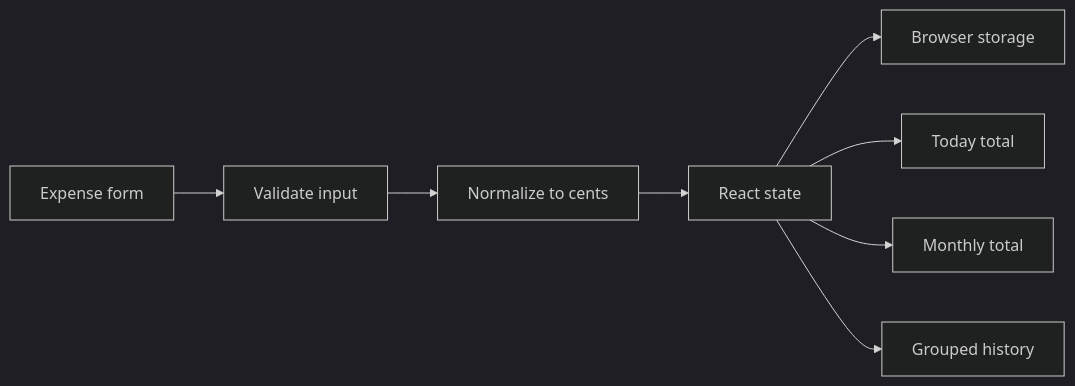
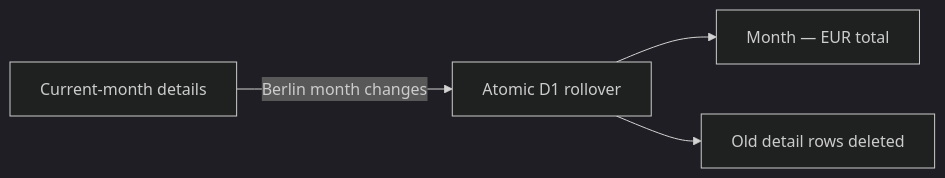
The diagram in README.md (ENZOMOTIVE/Ausgeben), drawn with Mermaid (dark theme) before and after one commit. The commit also changed other lines of this file and 30 other files, not shown here.

````diff
--- a/README.md
+++ b/README.md
@@ -111,10 +56,6 @@
 ```mermaid
 flowchart LR
-    A[Expense form] --> B[Validate input]
-    B --> C[Normalize to cents]
-    C --> D[React state]
-    D --> E[Browser storage]
-    D --> F[Today total]
-    D --> G[Monthly total]
-    D --> H[Grouped history]
+    A[Current-month details] -->|Berlin month changes| B[Atomic D1 rollover]
+    B --> C[Month — EUR total]
+    B --> D[Old detail rows deleted]
 ```
````
